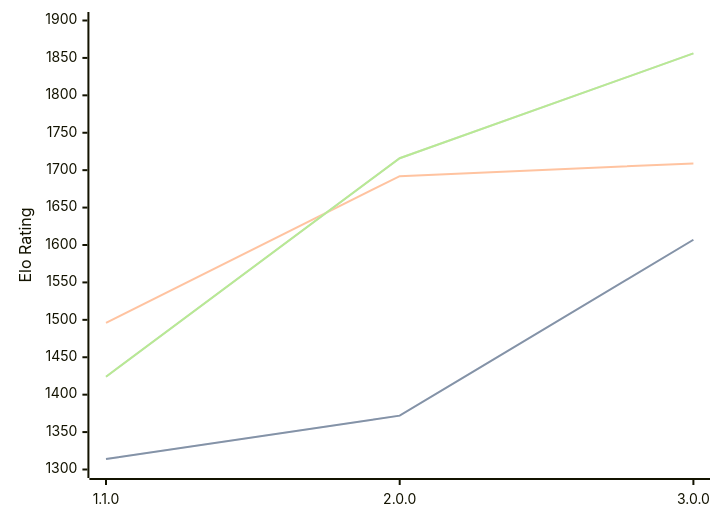
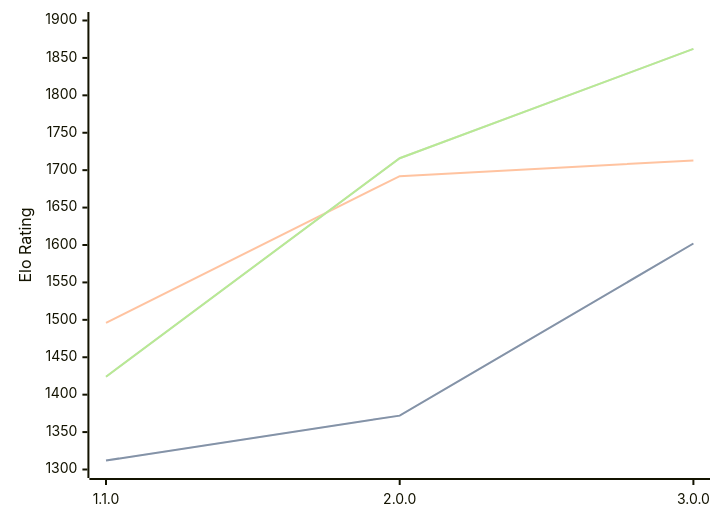
One commit to computer-chess-index/cci changed the diagram in engines/Laura.md. Above: the diagram before and after it, drawn with Mermaid. The commit also changed other lines of this file, not shown here.

Commit message:
Update CCI Ratings (ELO VLTC) - 2026-05-03

````diff
--- a/engines/Laura.md
+++ b/engines/Laura.md
@@ -34,11 +34,11 @@
 ```mermaid
 %%{init: {"theme":"base","themeVariables":{"seriesColors:['#a3a3a3','#222221','#faa371']}}}%%
 xychart-beta
   x-axis ["1.1.0", "2.0.0", "3.0.0"]
   y-axis "Elo Rating" 1300 --> 1900
-  line "STC (8.0+0.08s)" [1314, 1372, 1607]
-  line "STC (8.0+0.08s)" [1314, 1372, 1607]
-  line "LTC (60.0+0.60s)" [1496, 1692, 1709]
-  line "VLTC (2m24s+1.12s)" [1424, 1716, 1856]
-  line "VLTC (2m24s+1.12s)" [1424, 1716, 1856]
+  line "STC (8.0+0.08s)" [1312, 1372, 1602]
+  line "STC (8.0+0.08s)" [1312, 1372, 1602]
+  line "LTC (60.0+0.60s)" [1496, 1692, 1713]
+  line "VLTC (2m24s+1.12s)" [1424, 1716, 1862]
+  line "VLTC (2m24s+1.12s)" [1424, 1716, 1862]
 ```
````
